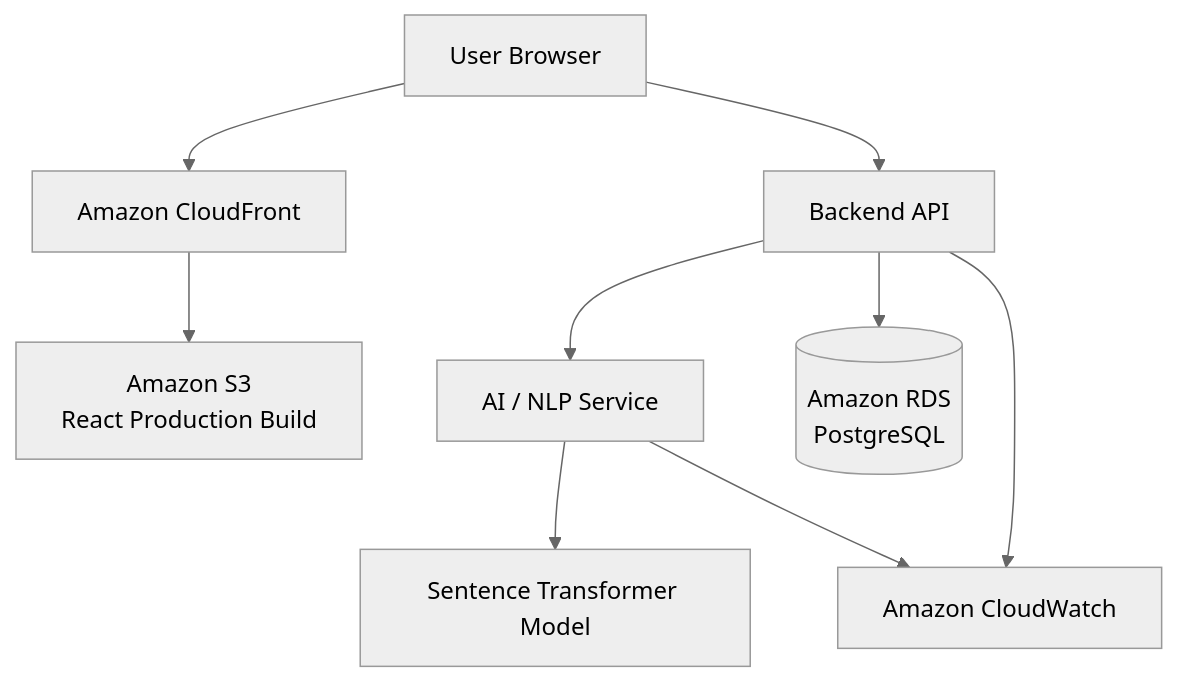
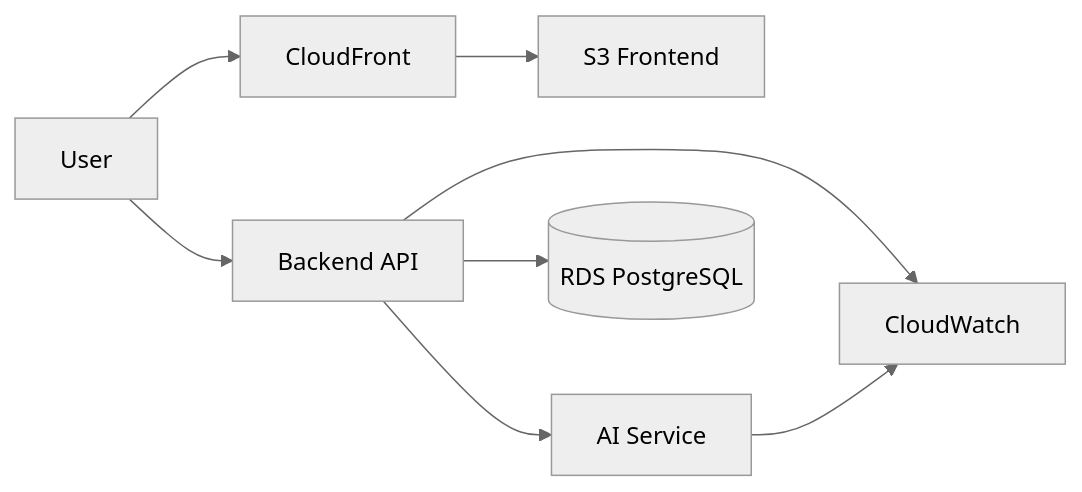
The second of 2 diagrams in README.md (rachana1707-S/AI-Resume-Analyzer), drawn with Mermaid (neutral theme) before and after one commit. The commit also changed other lines of this file, not shown here.

````diff
--- a/README.md
+++ b/README.md
@@ -771,20 +498,13 @@
 ```mermaid
-flowchart TD
-    USER[User Browser]
-
-    USER --> CF[Amazon CloudFront]
-
-    CF --> S3[Amazon S3<br/>React Production Build]
+flowchart LR
+    USER[User] --> CF[CloudFront]
+    CF --> S3[S3 Frontend]
 
     USER --> API[Backend API]
 
-    API --> AI[AI / NLP Service]
+    API --> AI[AI Service]
+    API --> RDS[(RDS PostgreSQL)]
 
-    API --> RDS[(Amazon RDS<br/>PostgreSQL)]
-
-    AI --> MODEL[Sentence Transformer Model]
-
-    API --> CW[Amazon CloudWatch]
-
+    API --> CW[CloudWatch]
     AI --> CW
 ```
````
